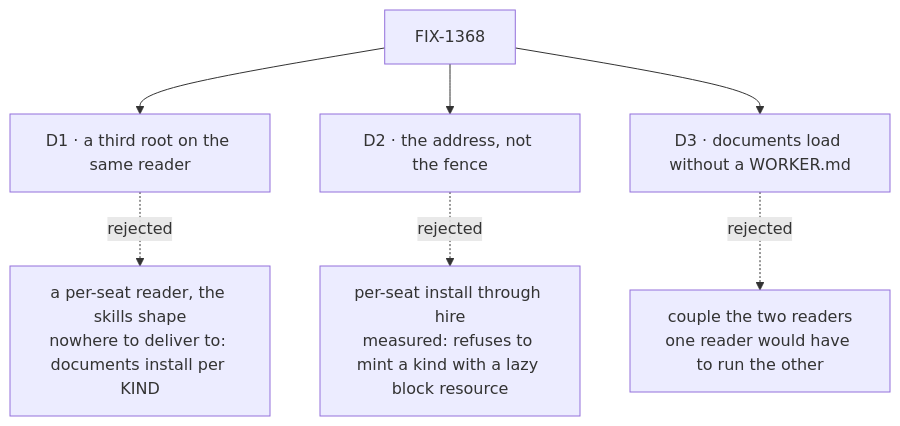
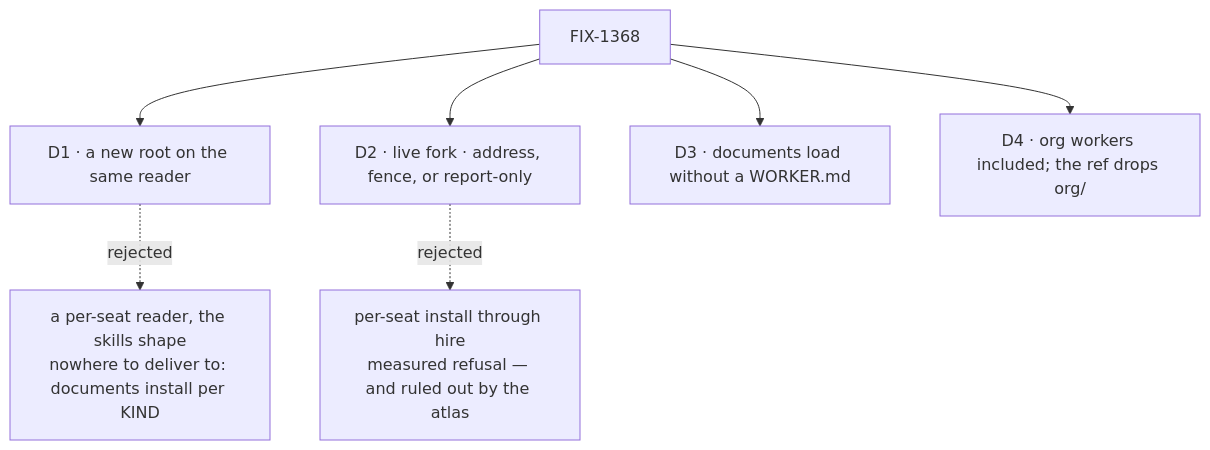
The diagram in spec/FIX-1368/DECISIONS.md (fixpoint-labs/flow-state-dev), drawn with Mermaid before and after one commit. The commit also changed other lines of this file and 3 other files, not shown here.

````diff
--- a/spec/FIX-1368/DECISIONS.md
+++ b/spec/FIX-1368/DECISIONS.md
@@ -10,9 +10,9 @@
 ```mermaid
 flowchart TD
-  I["FIX-1368"] --> D1["D1 · a third root on the same reader"]
+  I["FIX-1368"] --> D1["D1 · a new root on the same reader"]
   D1 -.->|"rejected"| X1["a per-seat reader, the skills shape<br/>nowhere to deliver to: documents install per KIND"]
-  I --> D2["D2 · the address, not the fence"]
-  D2 -.->|"rejected"| X2["per-seat install through hire<br/>measured: refuses to mint a kind with a lazy block resource"]
+  I --> D2["D2 · live fork · address, fence, or report-only"]
+  D2 -.->|"rejected"| X2["per-seat install through hire<br/>measured refusal — and ruled out by the atlas"]
   I --> D3["D3 · documents load without a WORKER.md"]
-  D3 -.->|"rejected"| X3["couple the two readers<br/>one reader would have to run the other"]
+  I --> D4["D4 · org workers included; the ref drops org/"]
 ```
````
